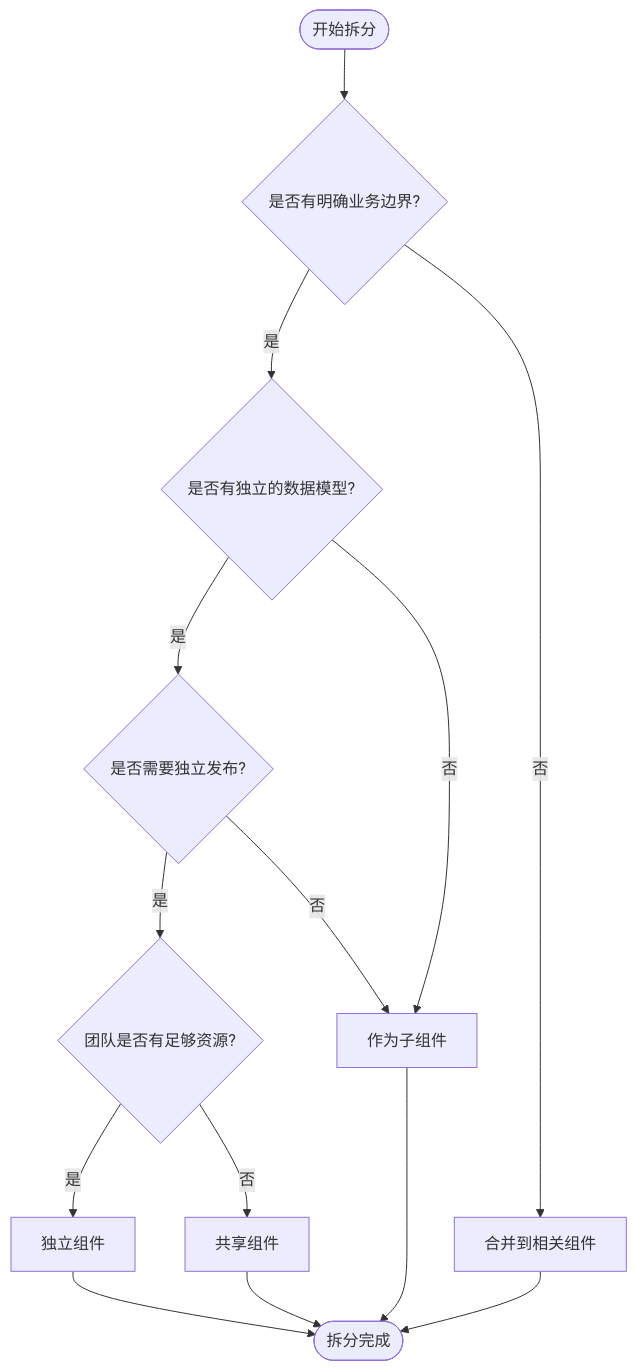
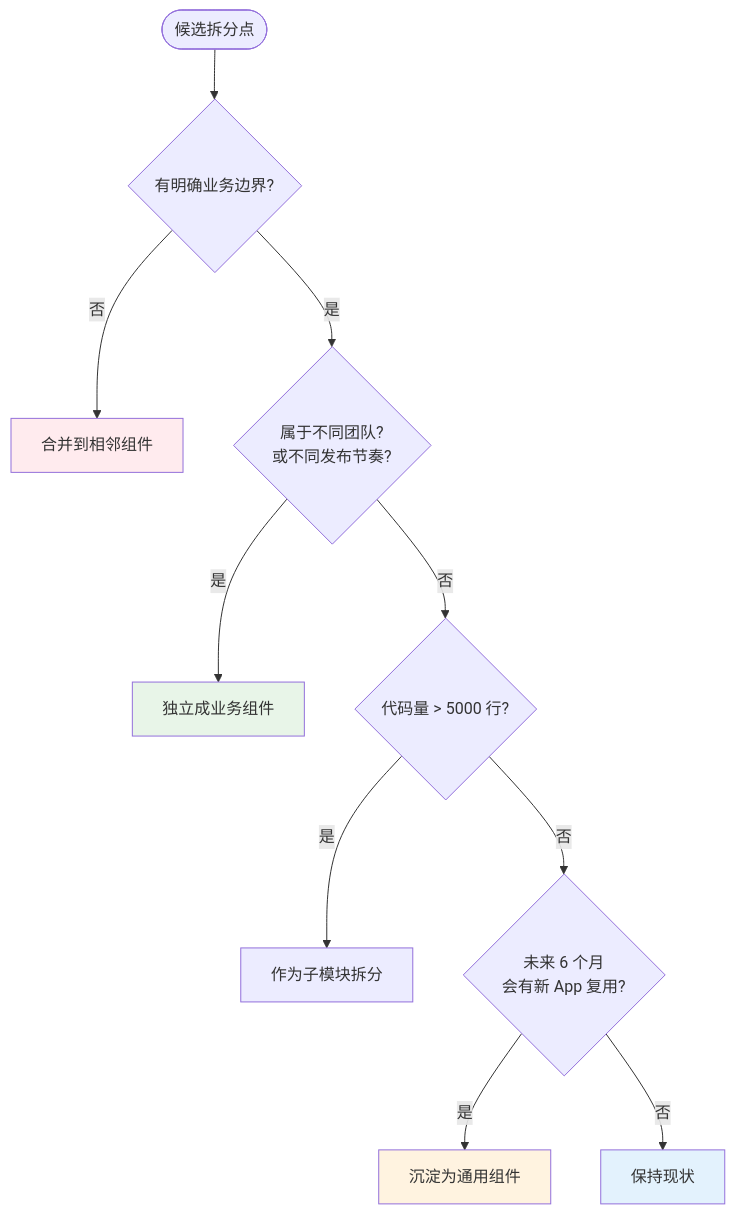
Before and after one commit to chongyang211/YCBookBlog: the eighth of 15 diagrams in 00.通用技术的提升/07.方案设计思想/卷一-架构与组件/02.组件化方案的设计.md, drawn with Mermaid. The commit also changed other lines of this file and 5 other files, not shown here.

````diff
--- a/00.通用技术的提升/07.方案设计思想/卷一-架构与组件/02.组件化方案的设计.md
+++ b/00.通用技术的提升/07.方案设计思想/卷一-架构与组件/02.组件化方案的设计.md
@@ -446,20 +350,20 @@
 ```mermaid
 flowchart TD
-    Start([开始拆分]) --> Q1{是否有明确业务边界?}
-    Q1 -->|是| Q2{是否有独立的数据模型?}
-    Q1 -->|否| Merge[合并到相关组件]
+    Start([候选拆分点]) --> Q1{有明确业务边界?}
+    Q1 -->|否| Merge[合并到相邻组件]
+    Q1 -->|是| Q2{属于不同团队?<br/>或不同发布节奏?}
     
-    Q2 -->|是| Q3{是否需要独立发布?}
-    Q2 -->|否| SubComp[作为子组件]
+    Q2 -->|是| IndepComp[独立成业务组件]
+    Q2 -->|否| Q3{代码量 > 5000 行?}
     
-    Q3 -->|是| Q4{团队是否有足够资源?}
-    Q3 -->|否| SubComp
+    Q3 -->|是| SubModule[作为子模块拆分]
+    Q3 -->|否| Q4{未来 6 个月<br/>会有新 App 复用?}
     
-    Q4 -->|是| IndepComp[独立组件]
-    Q4 -->|否| SharedComp[共享组件]
+    Q4 -->|是| CommonComp[沉淀为通用组件]
+    Q4 -->|否| Stay[保持现状]
     
-    IndepComp --> End([拆分完成])
-    SubComp --> End
-    SharedComp --> End
-    Merge --> End
+    style IndepComp fill:#e8f5e8
+    style CommonComp fill:#fff3e0
+    style Merge fill:#ffebee
+    style Stay fill:#e3f2fd
 ```
````
